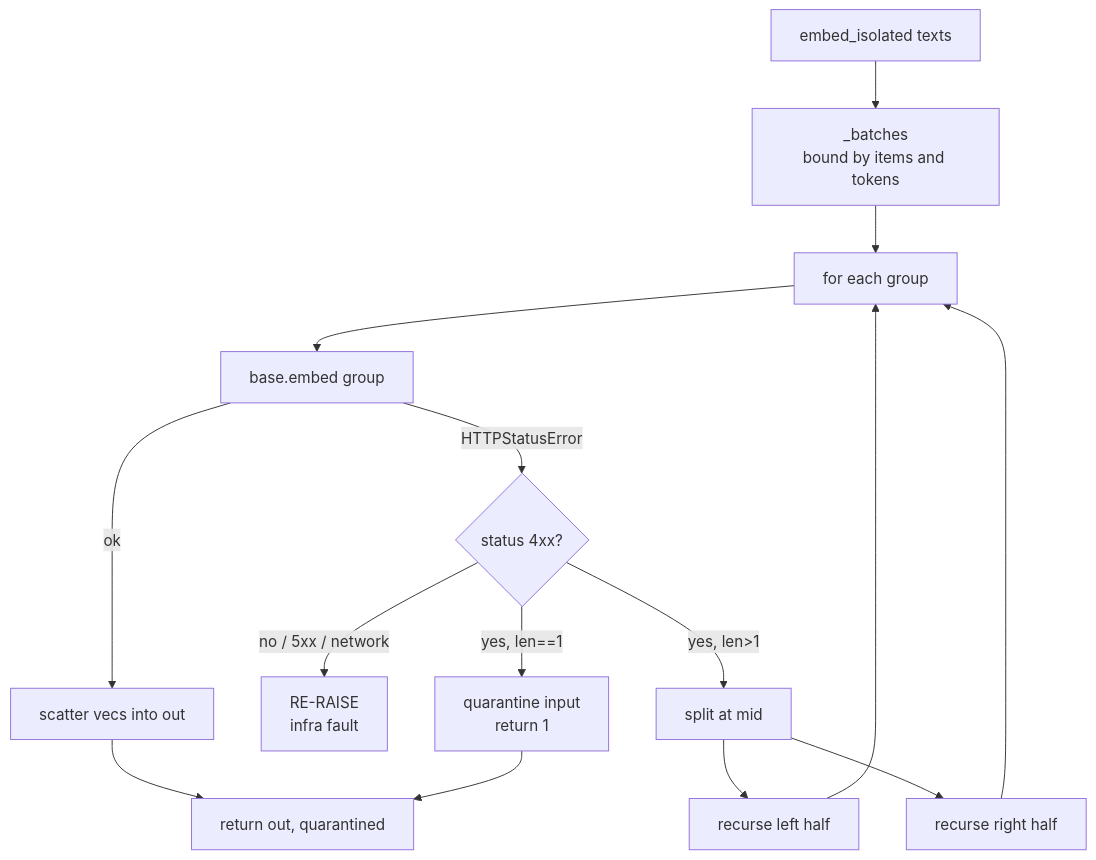
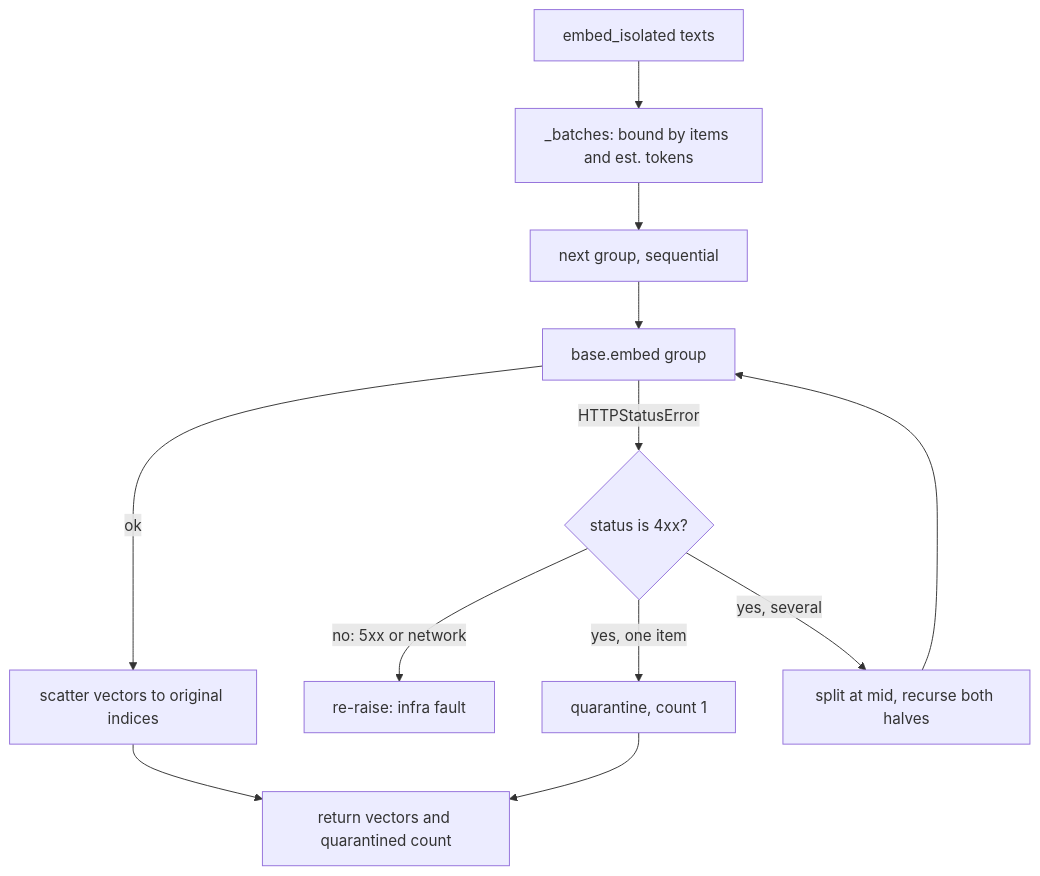
One commit to wilke/ragstack changed diagram 19 of 45 in docs/ARCHITECTURE-DEEP-DIVE.md. Above: the diagram before and after it, drawn with Mermaid. The commit also changed other lines of this file and 2 other files, not shown here.

First line of the commit message:
docs: rewrite the architecture deep-dive against main 22b44be (#631)

````diff
--- a/docs/ARCHITECTURE-DEEP-DIVE.md
+++ b/docs/ARCHITECTURE-DEEP-DIVE.md
@@ -504,17 +1048,14 @@
 ```mermaid
 flowchart TD
-  A[embed_isolated texts] --> B[_batches<br/>bound by items and tokens]
-  B --> C[for each group]
-  C --> D[base.embed group]
-  D -->|ok| E[scatter vecs into out]
-  D -->|HTTPStatusError| F{status 4xx?}
-  F -->|no / 5xx / network| G[RE-RAISE<br/>infra fault]
-  F -->|yes, len==1| H[quarantine input<br/>return 1]
-  F -->|yes, len>1| I[split at mid]
-  I --> J[recurse left half]
-  I --> K[recurse right half]
-  J --> C
-  K --> C
-  E --> L[return out, quarantined]
+  A["embed_isolated texts"] --> B["_batches: bound by items and est. tokens"]
+  B --> C["next group, sequential"]
+  C --> D["base.embed group"]
+  D -- "ok" --> E["scatter vectors to original indices"]
+  D -- "HTTPStatusError" --> F{"status is 4xx?"}
+  F -- "no: 5xx or network" --> G["re-raise: infra fault"]
+  F -- "yes, one item" --> H["quarantine, count 1"]
+  F -- "yes, several" --> I["split at mid, recurse both halves"]
+  I --> D
+  E --> L["return vectors and quarantined count"]
   H --> L
 ```
````
